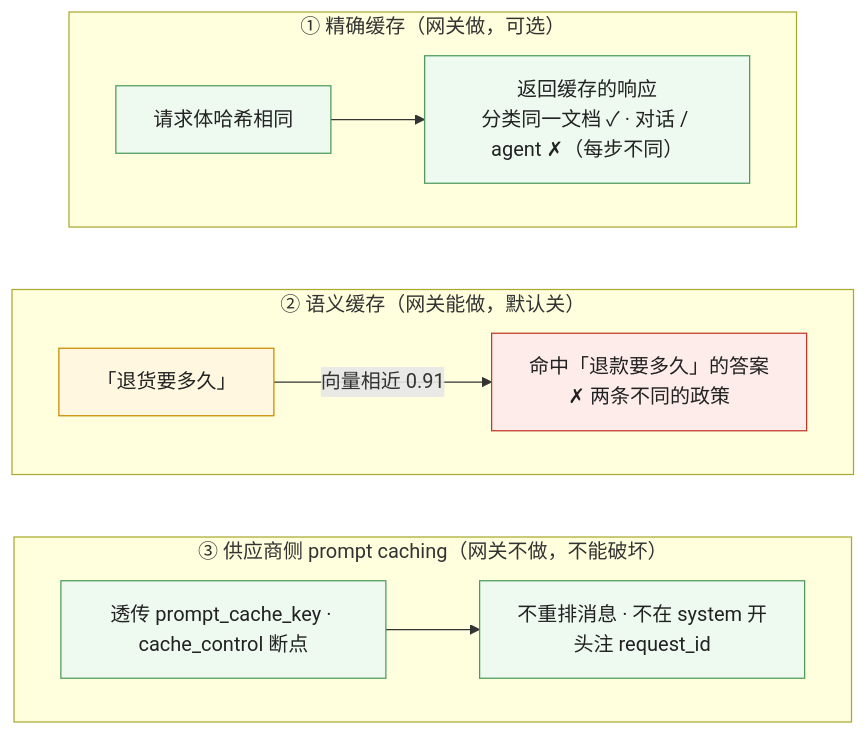
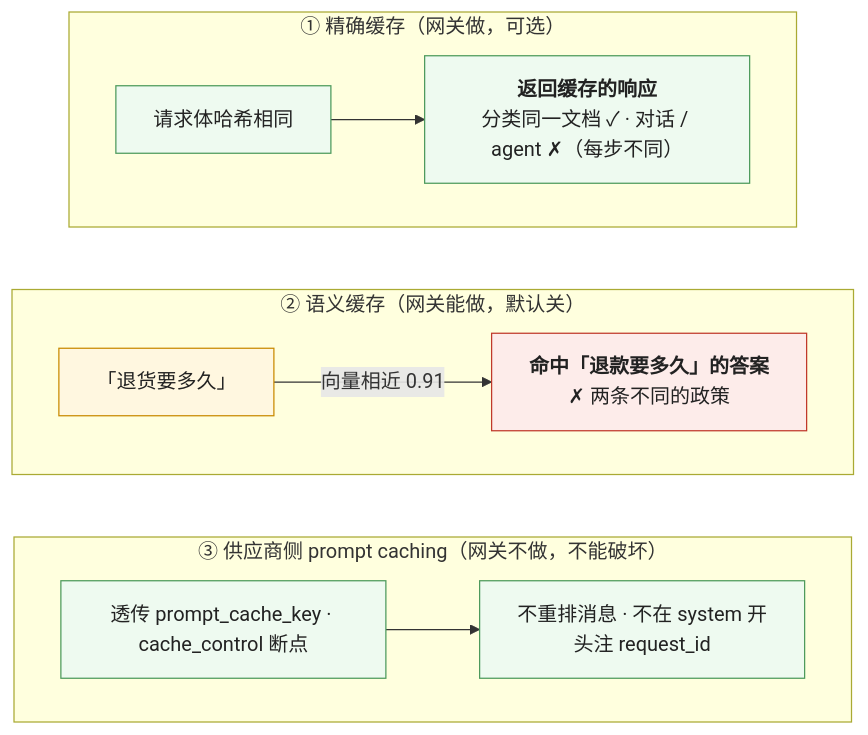
Before and after one commit to arganzheng/arganzheng.github.com: the third of 5 diagrams in _posts/2026-11-08-model-gateway-the-layer-every-call-goes-through.md, drawn with Mermaid. The commit also changed other lines of this file and 7 other files, not shown here.

First line of the commit message:
生产化与运营：让 AI 应用可靠、可控、可持续地跑：Mermaid 多行方框的首行标为标题（8 篇）

````diff
--- a/_posts/2026-11-08-model-gateway-the-layer-every-call-goes-through.md
+++ b/_posts/2026-11-08-model-gateway-the-layer-every-call-goes-through.md
@@ -93,23 +93,23 @@
 ```mermaid
 %% 图：三种「缓存」要分清——精确缓存：请求体逐字节相同才返回缓存响应，对幂等查询有效、对对话无效；语义缓存：「退货要多久」与「退款要多久」向量相近却是两条不同政策，默认关、只在声明可缓存的 FAQ 上开；供应商侧 prompt caching 是第三件事，网关不做，但不能改前缀、要透传 prompt_cache_key 与断点标记
 flowchart TB
     subgraph E["① 精确缓存（网关做，可选）"]
         direction LR
-        E1["请求体哈希相同"] --> E2["返回缓存的响应<br/>分类同一文档 ✓ · 对话 / agent ✗（每步不同）"]
+        E1["请求体哈希相同"] --> E2["<b>返回缓存的响应</b><br/>分类同一文档 ✓ · 对话 / agent ✗（每步不同）"]
     end
     subgraph S["② 语义缓存（网关能做，默认关）"]
         direction LR
-        S1["「退货要多久」"] -->|"向量相近 0.91"| S2["命中「退款要多久」的答案<br/>✗ 两条不同的政策"]
+        S1["「退货要多久」"] -->|"向量相近 0.91"| S2["<b>命中「退款要多久」的答案</b><br/>✗ 两条不同的政策"]
     end
     subgraph P["③ 供应商侧 prompt caching（网关不做，不能破坏）"]
         direction LR
         P1["透传 prompt_cache_key · cache_control 断点"] --> P2["不重排消息 · 不在 system 开头注 request_id"]
     end
     E ~~~ S ~~~ P
     classDef ok fill:#eefaf0,stroke:#4d9a5c,color:#222
     classDef bad fill:#fdecea,stroke:#c0392b,color:#222
     classDef n fill:#fff7e0,stroke:#c98a00,color:#222
     class E1,E2,P1,P2 ok
     class S1 n
     class S2 bad
 ```
````
